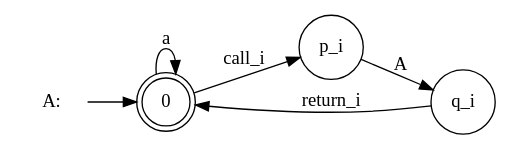
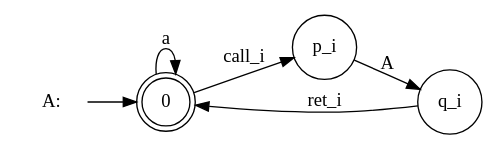
Before and after one commit to homka122/CFG_bench: the diagram in data/grammars/RSM_figures/aa.dot, drawn with Graphviz. The commit also changed 20 other files, not shown here.

```diff
--- a/data/grammars/RSM_figures/aa.dot
+++ b/data/grammars/RSM_figures/aa.dot
@@ -1,15 +1,15 @@
 digraph g{
     rankdir=LR
     subgraph A
     {        
         0[shape=none, label = "A: "]
         1[shape=doublecircle, label ="0"]
         2[shape = circle, label = "p_i"]
         3[shape = circle, label = "q_i"]
         0 -> 1
         1 -> 1[label="a"]
         1 -> 2[label="call_i"]
         2 -> 3[label="A"]
-        3 -> 1[label="return_i"]
+        3 -> 1[label="ret_i"]
     }
 }
```
